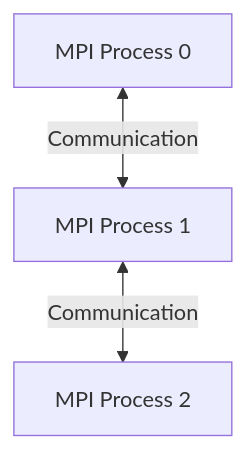
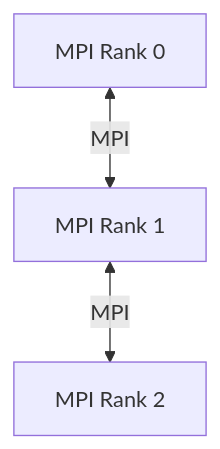
One commit to ntuhpc/workshops changed the fourth of 4 diagrams in hpc_ai/build_lulesh/README.md. Above: the diagram before and after it, drawn with Mermaid. The commit also changed other lines of this file, not shown here.

````diff
--- a/hpc_ai/build_lulesh/README.md
+++ b/hpc_ai/build_lulesh/README.md
@@ -560,5 +612,5 @@
 ```mermaid
 graph TB
-    A[MPI Process 0] <-->|Communication| B[MPI Process 1]
-    B <-->|Communication| C[MPI Process 2]
+    A[MPI Rank 0] <-->|MPI| B[MPI Rank 1]
+    B <-->|MPI| C[MPI Rank 2]
 ```
````
